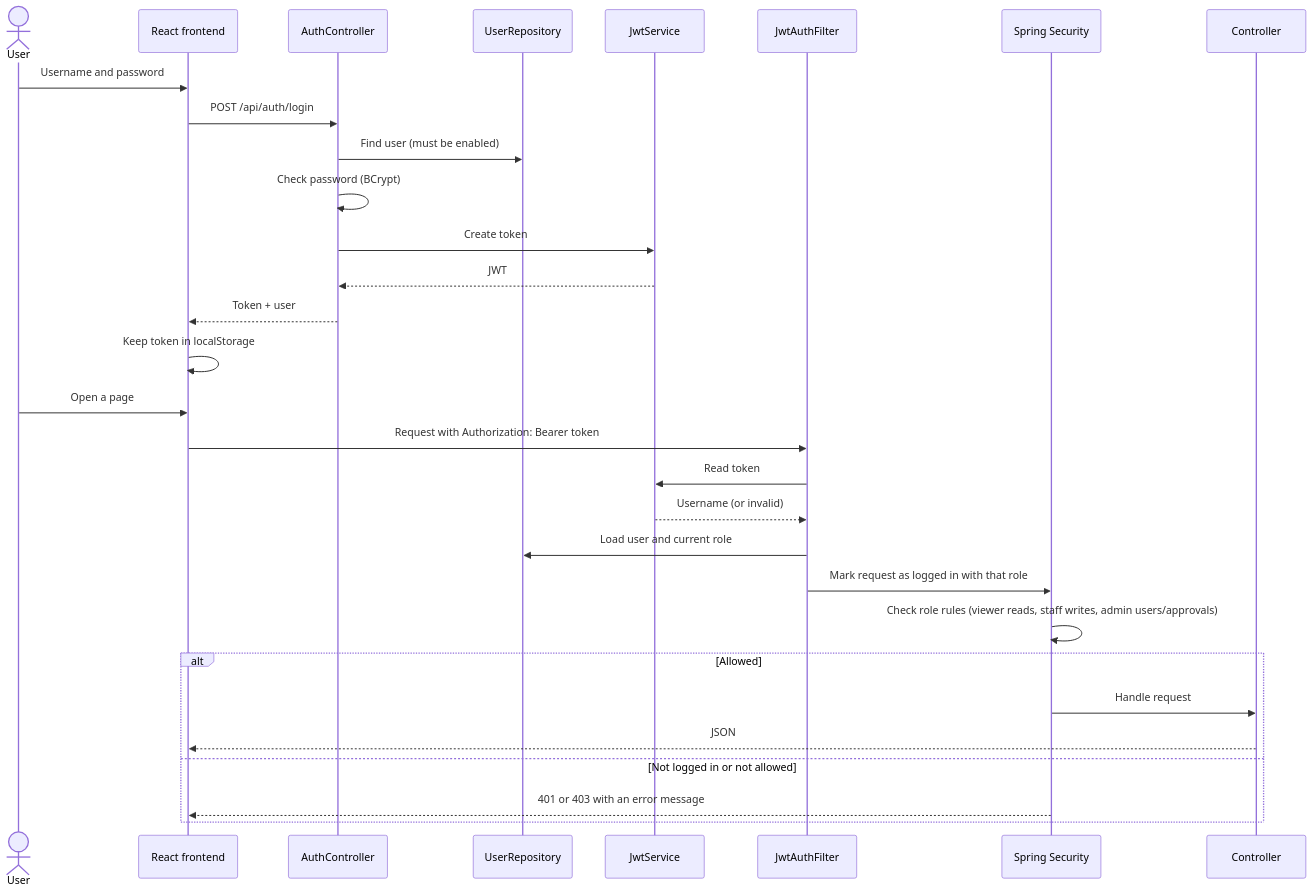
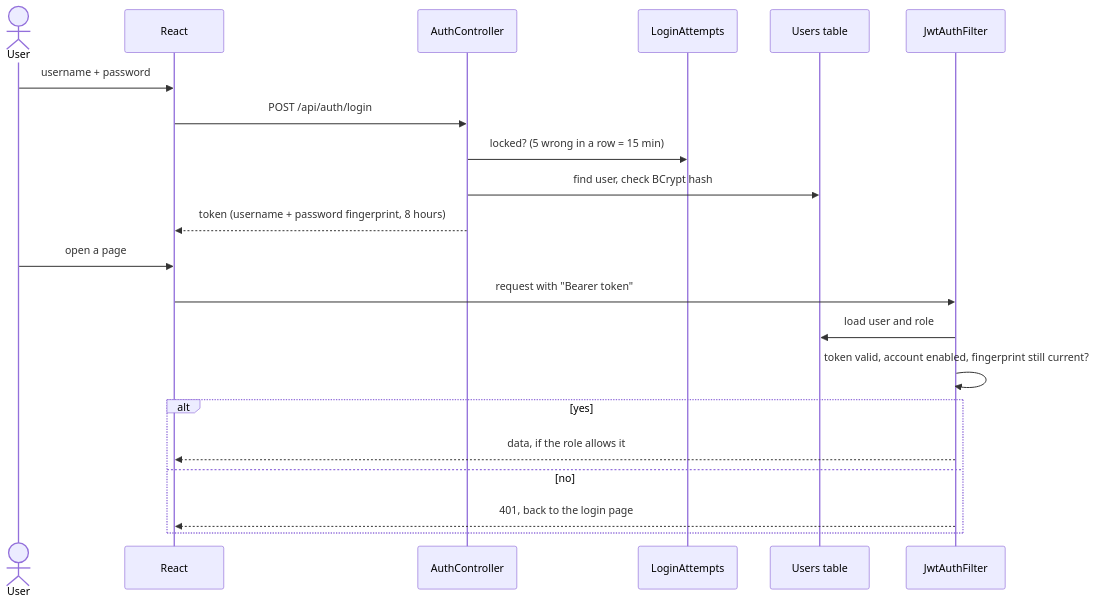
One commit to Git-punit/campus-erp changed the second of 4 diagrams in README.md. Above: the diagram before and after it, drawn with Mermaid. The commit also changed other lines of this file, not shown here.

````diff
--- a/README.md
+++ b/README.md
@@ -453,34 +316,25 @@
 ```mermaid
 sequenceDiagram
     actor User
-    participant FE as React frontend
+    participant FE as React
     participant AC as AuthController
-    participant DB as UserRepository
-    participant JS as JwtService
-    participant SF as JwtAuthFilter
-    participant SC as Spring Security
-    participant API as Controller
+    participant LA as LoginAttempts
+    participant DB as Users table
+    participant F as JwtAuthFilter
 
-    User->>FE: Username and password
+    User->>FE: username + password
     FE->>AC: POST /api/auth/login
-    AC->>DB: Find user (must be enabled)
-    AC->>AC: Check password (BCrypt)
-    AC->>JS: Create token
-    JS-->>AC: JWT
-    AC-->>FE: Token + user
-    FE->>FE: Keep token in localStorage
+    AC->>LA: locked? (5 wrong in a row = 15 min)
+    AC->>DB: find user, check BCrypt hash
+    AC-->>FE: token (username + password fingerprint, 8 hours)
 
-    User->>FE: Open a page
-    FE->>SF: Request with Authorization: Bearer token
-    SF->>JS: Read token
-    JS-->>SF: Username (or invalid)
-    SF->>DB: Load user and current role
-    SF->>SC: Mark request as logged in with that role
-    SC->>SC: Check role rules (viewer reads, staff writes, admin users/approvals)
-    alt Allowed
-        SC->>API: Handle request
-        API-->>FE: JSON
-    else Not logged in or not allowed
-        SC-->>FE: 401 or 403 with an error message
+    User->>FE: open a page
+    FE->>F: request with "Bearer token"
+    F->>DB: load user and role
+    F->>F: token valid, account enabled, fingerprint still current?
+    alt yes
+        F-->>FE: data, if the role allows it
+    else no
+        F-->>FE: 401, back to the login page
     end
 ```
````
